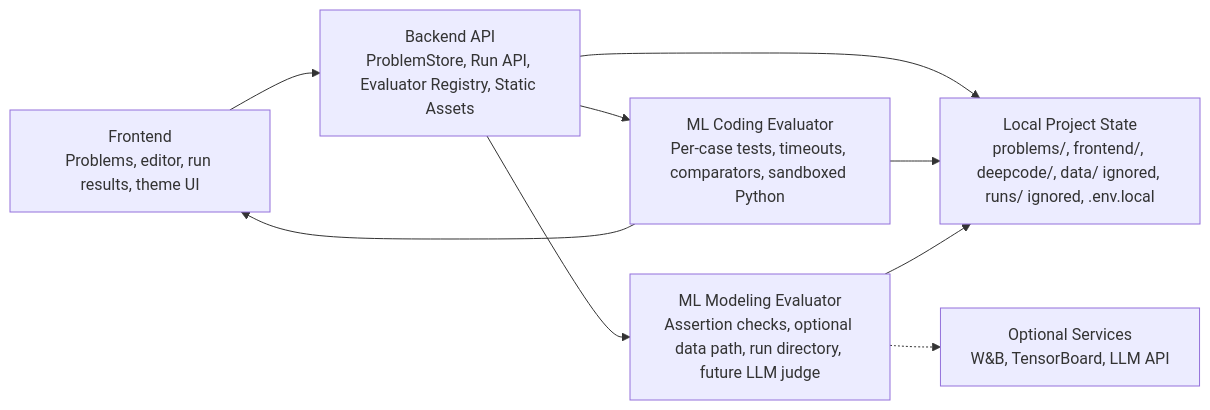
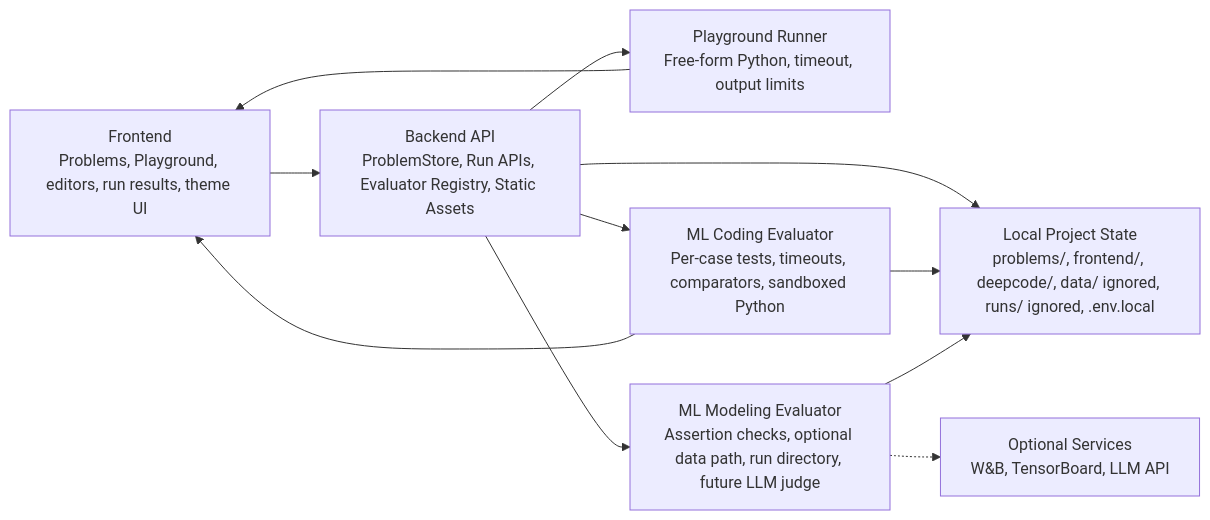
The diagram in docs/architecture.md (small-thinking/deepcode), drawn with Mermaid before and after one commit. The commit also changed other lines of this file and 8 other files, not shown here.

Commit message:
feat(playground): add free-form PyTorch runner

````diff
--- a/docs/architecture.md
+++ b/docs/architecture.md
@@ -11,18 +11,21 @@
 ```mermaid
 flowchart LR
-    Frontend["Frontend\nProblems, editor, run results, theme UI"]
-    Backend["Backend API\nProblemStore, Run API, Evaluator Registry, Static Assets"]
+    Frontend["Frontend\nProblems, Playground, editors, run results, theme UI"]
+    Backend["Backend API\nProblemStore, Run APIs, Evaluator Registry, Static Assets"]
+    Playground["Playground Runner\nFree-form Python, timeout, output limits"]
     Coding["ML Coding Evaluator\nPer-case tests, timeouts, comparators, sandboxed Python"]
     Modeling["ML Modeling Evaluator\nAssertion checks, optional data path, run directory, future LLM judge"]
     State["Local Project State\nproblems/, frontend/, deepcode/, data/ ignored, runs/ ignored, .env.local"]
     Optional["Optional Services\nW&B, TensorBoard, LLM API"]
 
     Frontend --> Backend
     Backend --> Coding
     Coding --> Frontend
+    Backend --> Playground
+    Playground --> Frontend
     Backend --> Modeling
     Modeling -.-> Optional
     Backend --> State
     Coding --> State
     Modeling --> State
 ```
````
